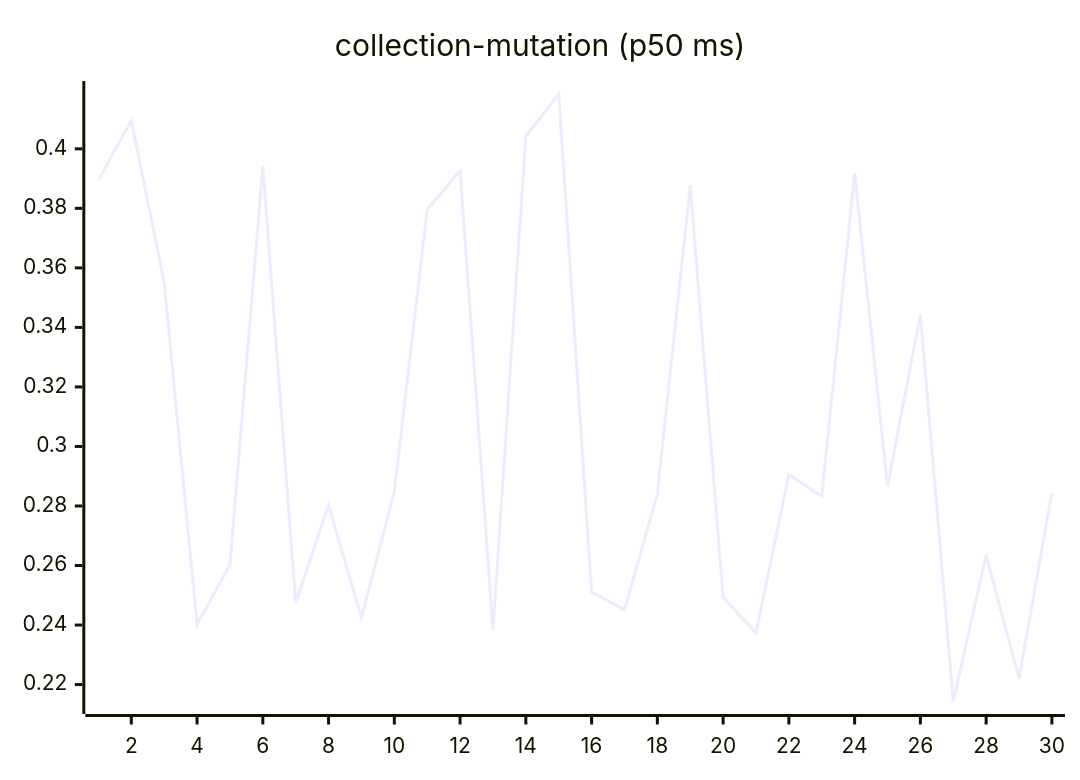
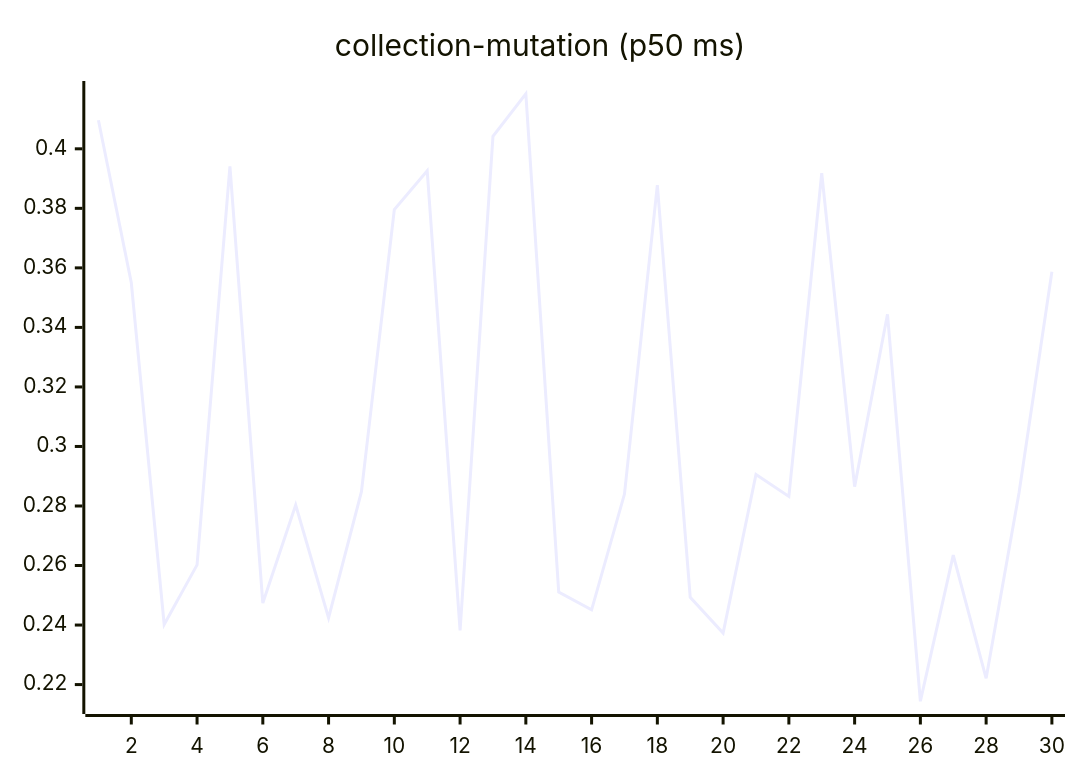
Before and after one commit to josha/Facet: the sixth of 27 diagrams in README.md, drawn with Mermaid. The commit also changed other lines of this file and 2 other files, not shown here.

````diff
--- a/README.md
+++ b/README.md
@@ -98,6 +98,6 @@
 ```mermaid
 xychart-beta
     title "collection-mutation (p50 ms)"
     x-axis 1 --> 30
-    line [0.3895, 0.4096, 0.3550, 0.2402, 0.2602, 0.3941, 0.2474, 0.2803, 0.2424, 0.2848, 0.3796, 0.3926, 0.2382, 0.4042, 0.4185, 0.2511, 0.2451, 0.2840, 0.3878, 0.2493, 0.2373, 0.2906, 0.2832, 0.3918, 0.2865, 0.3444, 0.2144, 0.2635, 0.2221, 0.2844]
+    line [0.4096, 0.3550, 0.2402, 0.2602, 0.3941, 0.2474, 0.2803, 0.2424, 0.2848, 0.3796, 0.3926, 0.2382, 0.4042, 0.4185, 0.2511, 0.2451, 0.2840, 0.3878, 0.2493, 0.2373, 0.2906, 0.2832, 0.3918, 0.2865, 0.3444, 0.2144, 0.2635, 0.2221, 0.2844, 0.3587]
 ```
````
